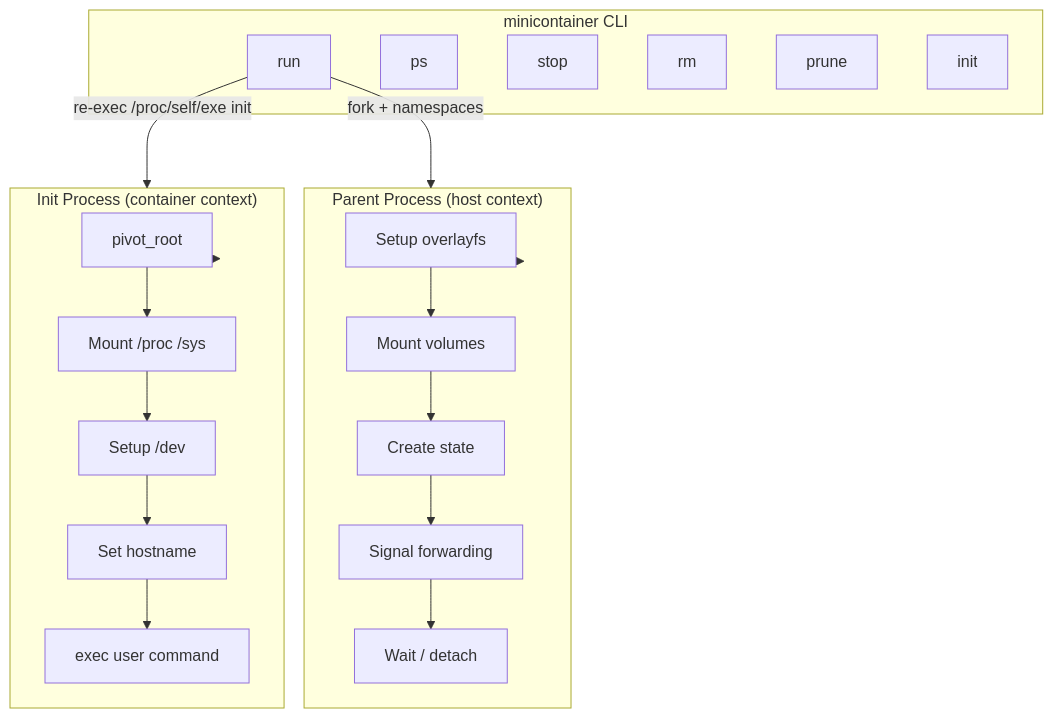
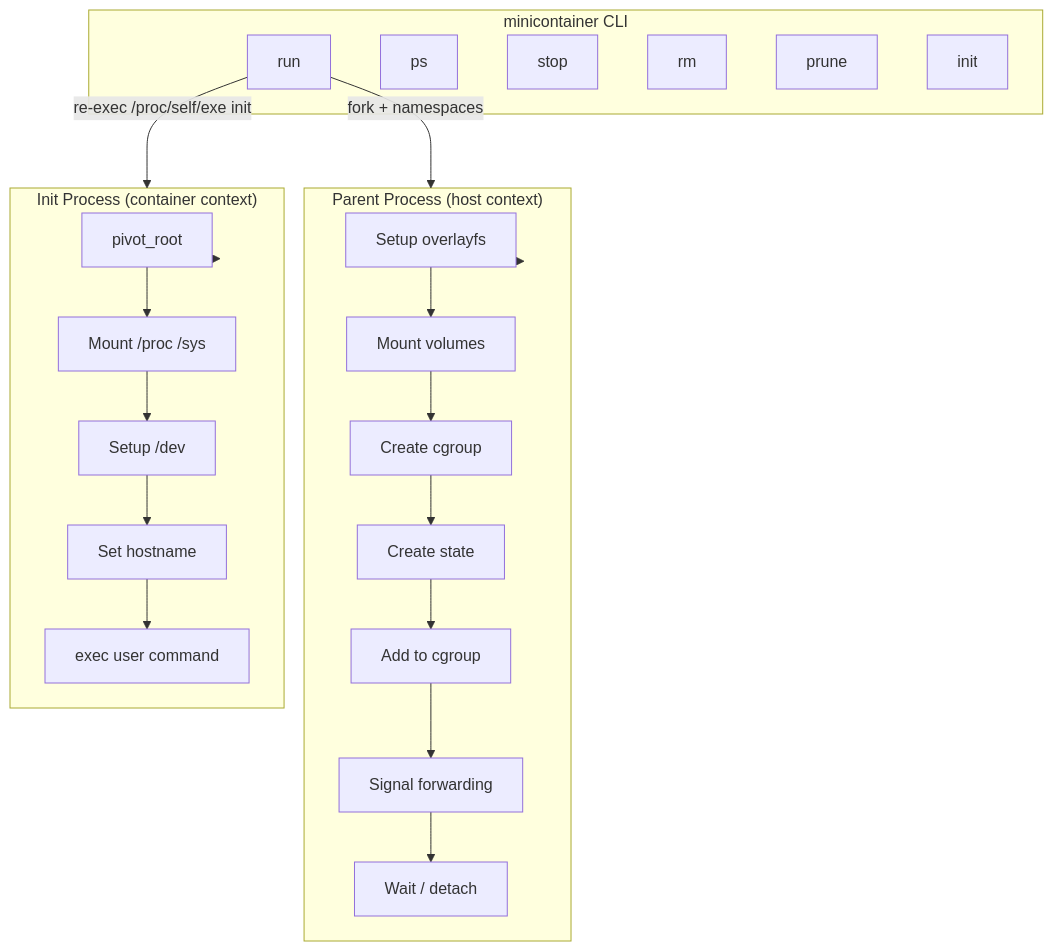
Before and after one commit to hwang-fu/minicontainer: the diagram in README.md, drawn with Mermaid. The commit also changed other lines of this file, not shown here.

````diff
--- a/README.md
+++ b/README.md
@@ -110,32 +118,34 @@
 ```mermaid
 flowchart TB
     subgraph CLI["minicontainer CLI"]
         run[run]
         ps[ps]
         stop[stop]
         rm[rm]
         prune[prune]
         init[init]
     end
 
     subgraph Parent["Parent Process (host context)"]
         P1[Setup overlayfs]
         P2[Mount volumes]
-        P3[Create state]
-        P4[Signal forwarding]
-        P5[Wait / detach]
+        P3[Create cgroup]
+        P4[Create state]
+        P5[Add to cgroup]
+        P6[Signal forwarding]
+        P7[Wait / detach]
     end
 
     subgraph Child["Init Process (container context)"]
         C1[pivot_root]
         C2[Mount /proc /sys]
         C3[Setup /dev]
         C4[Set hostname]
         C5[exec user command]
     end
 
     run -->|"fork + namespaces"| Parent
     run -->|"re-exec /proc/self/exe init"| Child
-    Parent --> P1 --> P2 --> P3 --> P4 --> P5
+    Parent --> P1 --> P2 --> P3 --> P4 --> P5 --> P6 --> P7
     Child --> C1 --> C2 --> C3 --> C4 --> C5
 ```
````
